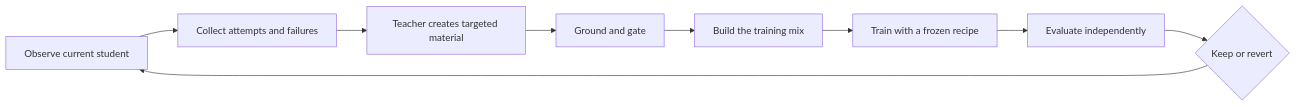
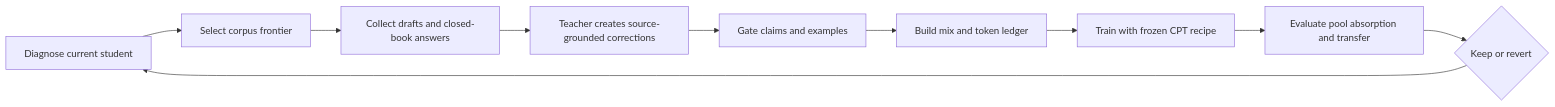
The diagram in docs/COAPT.md (OpenNekaise/nekaise-studio), drawn with Mermaid before and after one commit. The commit also changed other lines of this file, not shown here.

````diff
--- a/docs/COAPT.md
+++ b/docs/COAPT.md
@@ -102,11 +65,12 @@
 ```mermaid
 flowchart LR
-    S[Observe current student] --> B[Collect attempts and failures]
-    B --> T[Teacher creates targeted material]
-    T --> G[Ground and gate]
-    G --> M[Build the training mix]
-    M --> R[Train with a frozen recipe]
-    R --> E[Evaluate independently]
+    S[Diagnose current student] --> F[Select corpus frontier]
+    F --> B[Collect drafts and closed-book answers]
+    B --> T[Teacher creates source-grounded corrections]
+    T --> G[Gate claims and examples]
+    G --> M[Build mix and token ledger]
+    M --> R[Train with frozen CPT recipe]
+    R --> E[Evaluate pool absorption and transfer]
     E --> D{Keep or revert}
     D --> S
 ```
````
